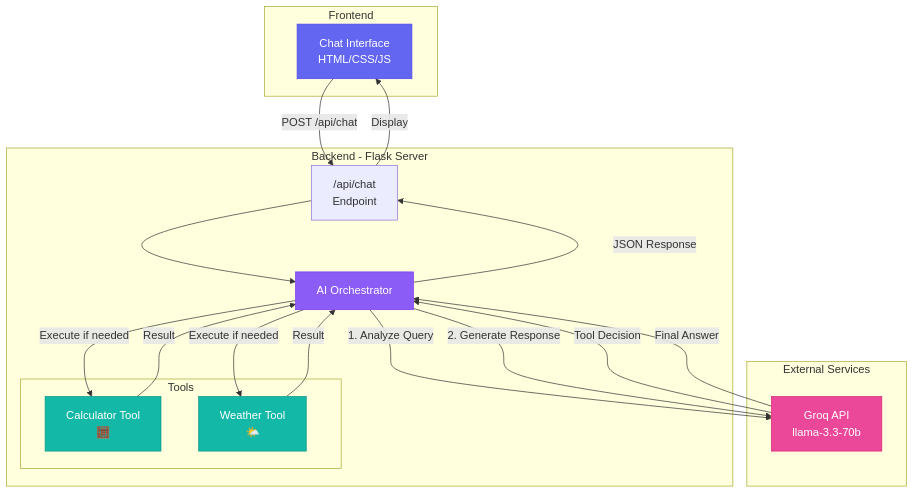
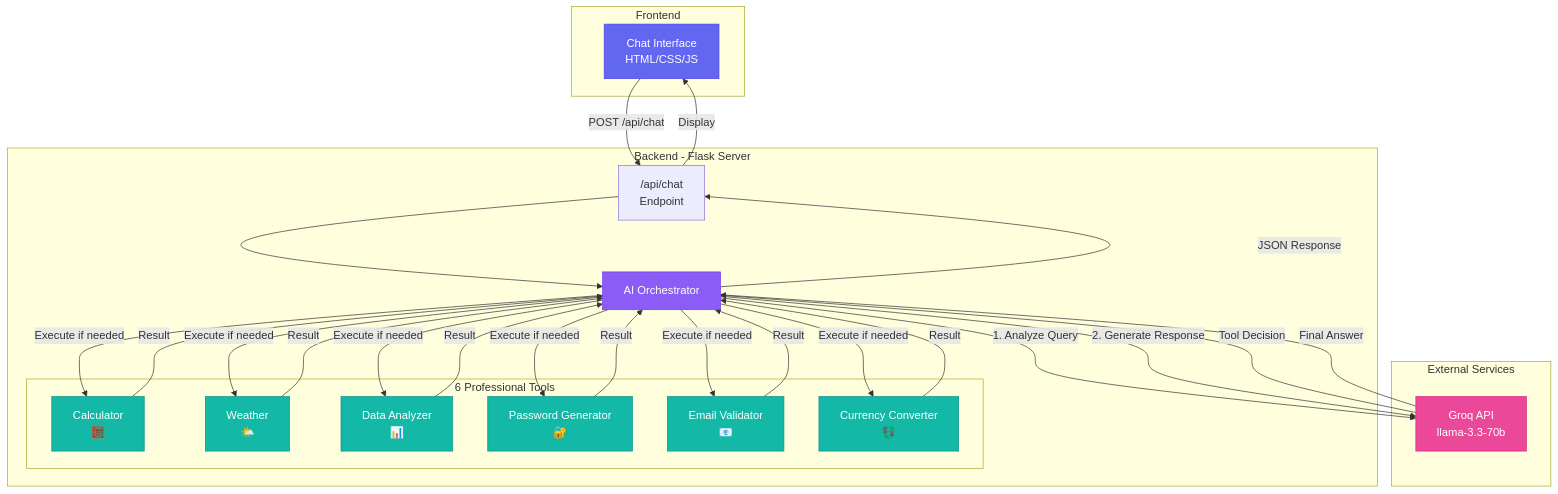
One commit to KolipakaRamesh/ToolAI changed the diagram in README.md. Above: the diagram before and after it, drawn with Mermaid.

Commit message:
Update architecture diagram to show all 6 professional tools

````diff
--- a/README.md
+++ b/README.md
@@ -46,39 +46,55 @@
 ```mermaid
 graph TB
     subgraph "Frontend"
         UI[Chat Interface<br/>HTML/CSS/JS]
     end
     
     subgraph "Backend - Flask Server"
         API["/api/chat<br/>Endpoint"]
         ORCH[AI Orchestrator]
         
-        subgraph "Tools"
-            CALC[Calculator Tool<br/>🧮]
-            WEATHER[Weather Tool<br/>🌤️]
+        subgraph "6 Professional Tools"
+            CALC[Calculator<br/>🧮]
+            WEATHER[Weather<br/>🌤️]
+            DATA[Data Analyzer<br/>📊]
+            PASS[Password Generator<br/>🔐]
+            EMAIL[Email Validator<br/>📧]
+            CURR[Currency Converter<br/>💱]
         end
     end
     
     subgraph "External Services"
         GROQ[Groq API<br/>llama-3.3-70b]
     end
     
     UI -->|POST /api/chat| API
     API --> ORCH
     ORCH -->|1. Analyze Query| GROQ
     GROQ -->|Tool Decision| ORCH
     ORCH -->|Execute if needed| CALC
     ORCH -->|Execute if needed| WEATHER
+    ORCH -->|Execute if needed| DATA
+    ORCH -->|Execute if needed| PASS
+    ORCH -->|Execute if needed| EMAIL
+    ORCH -->|Execute if needed| CURR
     CALC -->|Result| ORCH
     WEATHER -->|Result| ORCH
+    DATA -->|Result| ORCH
+    PASS -->|Result| ORCH
+    EMAIL -->|Result| ORCH
+    CURR -->|Result| ORCH
     ORCH -->|2. Generate Response| GROQ
     GROQ -->|Final Answer| ORCH
     ORCH -->|JSON Response| API
     API -->|Display| UI
     
     style UI fill:#6366f1,stroke:#4f46e5,color:#fff
     style GROQ fill:#ec4899,stroke:#db2777,color:#fff
     style CALC fill:#14b8a6,stroke:#0d9488,color:#fff
     style WEATHER fill:#14b8a6,stroke:#0d9488,color:#fff
+    style DATA fill:#14b8a6,stroke:#0d9488,color:#fff
+    style PASS fill:#14b8a6,stroke:#0d9488,color:#fff
+    style EMAIL fill:#14b8a6,stroke:#0d9488,color:#fff
+    style CURR fill:#14b8a6,stroke:#0d9488,color:#fff
     style ORCH fill:#8b5cf6,stroke:#7c3aed,color:#fff
 ```
````
